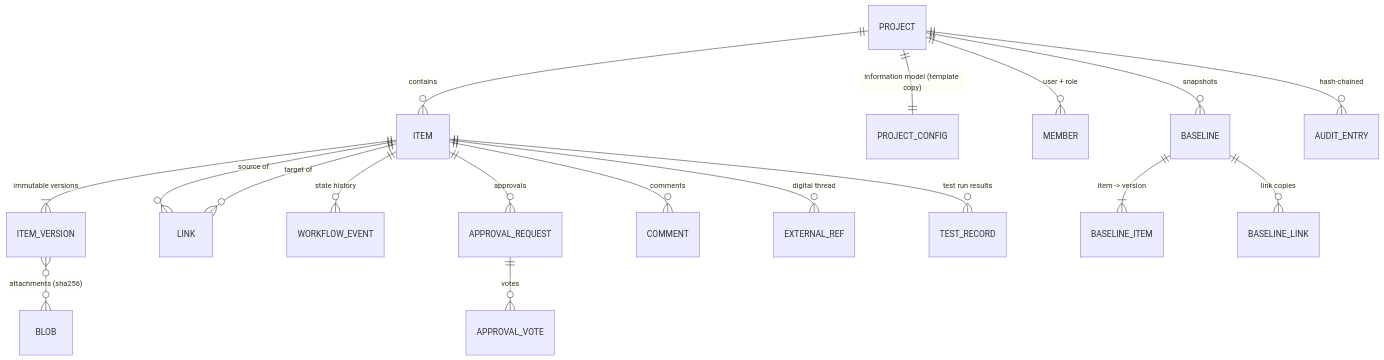
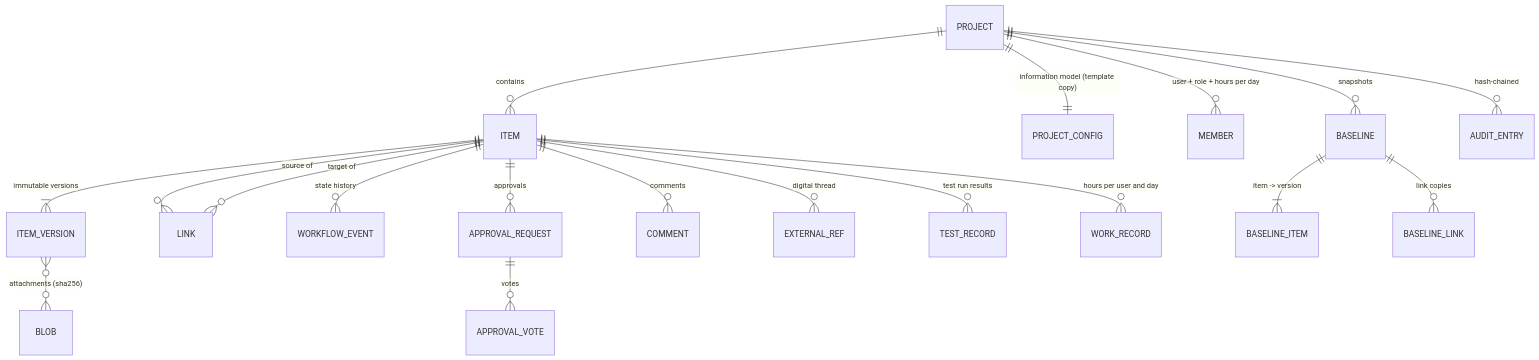
The diagram in docs/04-domain-model.md (Adrian-MHP/ALMlight), drawn with Mermaid before and after one commit. The commit also changed other lines of this file and 152 other files, not shown here.

````diff
--- a/docs/04-domain-model.md
+++ b/docs/04-domain-model.md
@@ -5,20 +5,21 @@
 ```mermaid
 erDiagram
     PROJECT ||--o{ ITEM : contains
     PROJECT ||--|| PROJECT_CONFIG : "information model (template copy)"
-    PROJECT ||--o{ MEMBER : "user + role"
+    PROJECT ||--o{ MEMBER : "user + role + hours per day"
     ITEM ||--|{ ITEM_VERSION : "immutable versions"
     ITEM ||--o{ LINK : "source of"
     ITEM ||--o{ LINK : "target of"
     ITEM ||--o{ WORKFLOW_EVENT : "state history"
     ITEM ||--o{ APPROVAL_REQUEST : "approvals"
     APPROVAL_REQUEST ||--o{ APPROVAL_VOTE : votes
     ITEM ||--o{ COMMENT : comments
     ITEM ||--o{ EXTERNAL_REF : "digital thread"
     ITEM_VERSION }o--o{ BLOB : "attachments (sha256)"
     PROJECT ||--o{ BASELINE : snapshots
     BASELINE ||--|{ BASELINE_ITEM : "item -> version"
     BASELINE ||--o{ BASELINE_LINK : "link copies"
     ITEM ||--o{ TEST_RECORD : "test run results"
     PROJECT ||--o{ AUDIT_ENTRY : "hash-chained"
+    ITEM ||--o{ WORK_RECORD : "hours per user and day"
 ```
````
